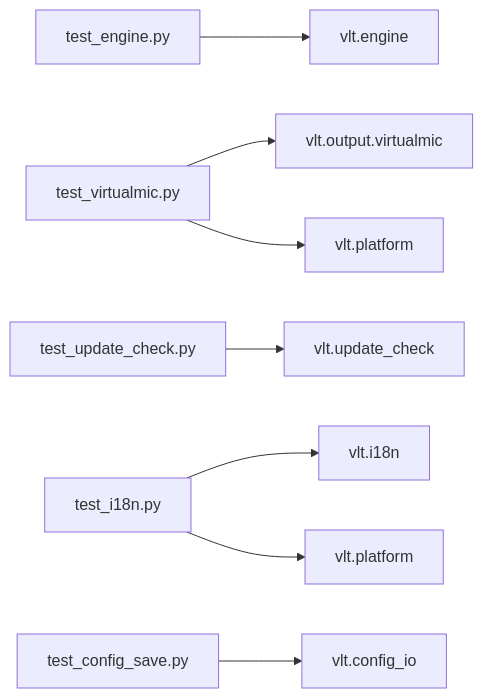
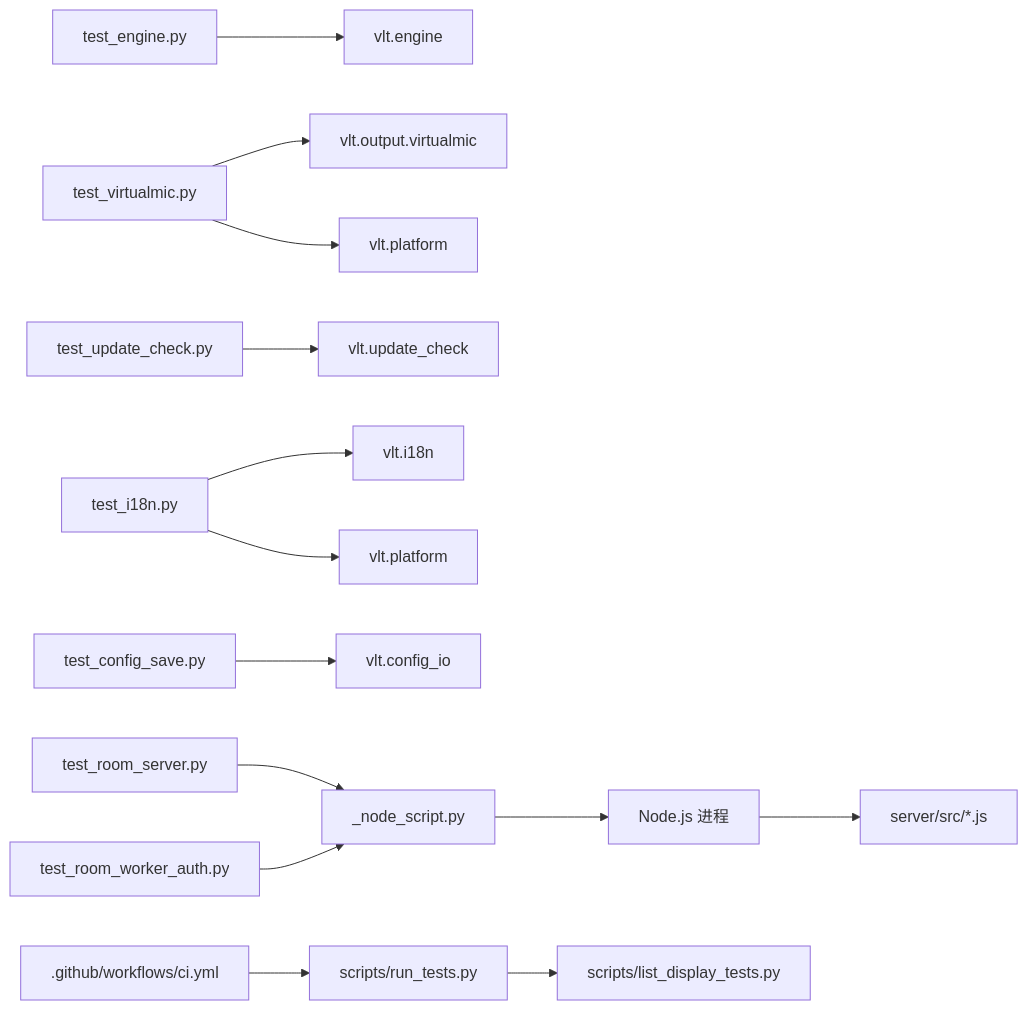
Diagram 17 of 17 in .qoder/repowiki/zh/content/测试框架.md (EMeowAGENT/vrchat-livetranslate), drawn with Mermaid before and after one commit. The commit also changed other lines of this file and 75 other files, not shown here.

````diff
--- a/.qoder/repowiki/zh/content/测试框架.md
+++ b/.qoder/repowiki/zh/content/测试框架.md
@@ -418,10 +744,16 @@
 ```mermaid
 graph LR
 TE["test_engine.py"] --> VE["vlt.engine"]
 TVM["test_virtualmic.py"] --> VO["vlt.output.virtualmic"]
 TVM --> VP["vlt.platform"]
 TUC["test_update_check.py"] --> UCM["vlt.update_check"]
 TI["test_i18n.py"] --> IM["vlt.i18n"]
 TI --> PM["vlt.platform"]
 TC["test_config_save.py"] --> CIM["vlt.config_io"]
+TRS["test_room_server.py"] --> NS["_node_script.py"]
+TRWA["test_room_worker_auth.py"] --> NS
+NS --> NJ["Node.js 进程"]
+NJ --> JS["server/src/*.js"]
+RT["scripts/run_tests.py"] --> LD["scripts/list_display_tests.py"]
+CI[".github/workflows/ci.yml"] --> RT
 ```
````
